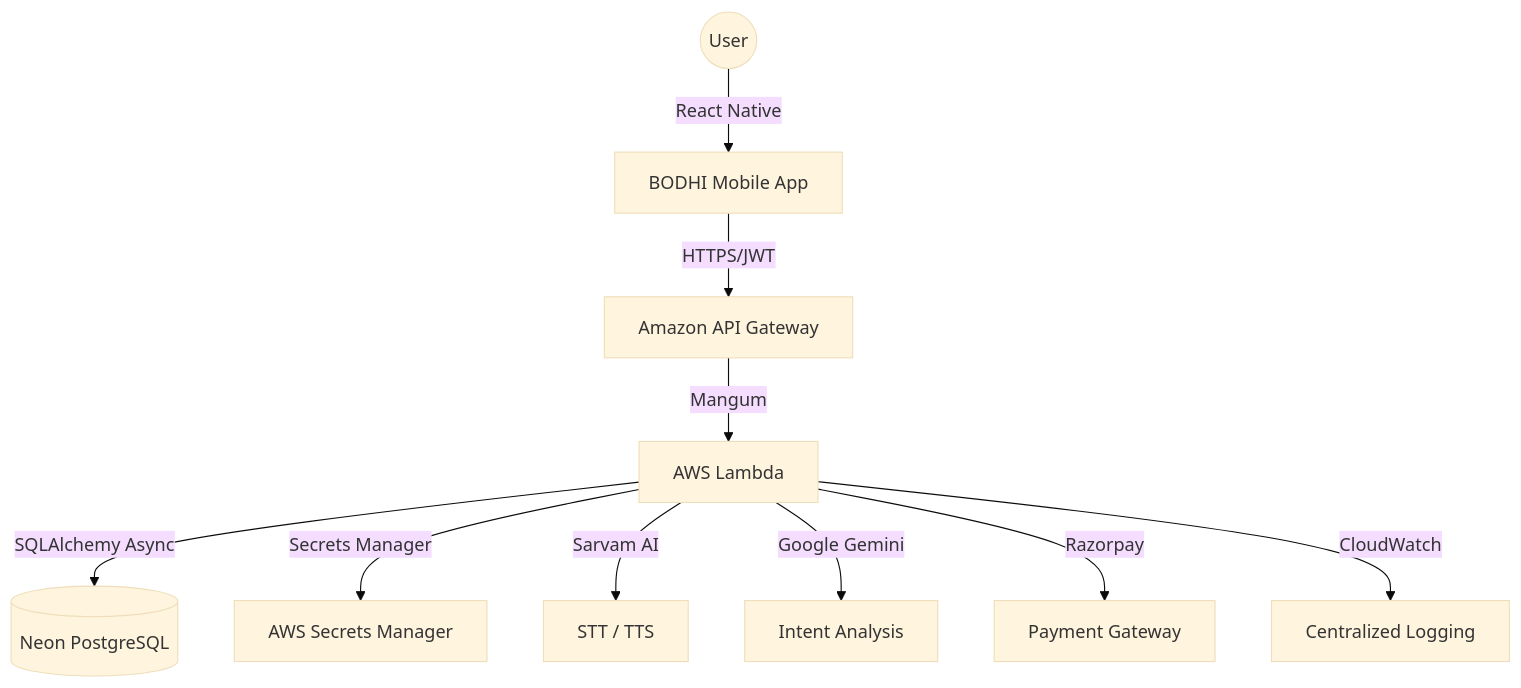
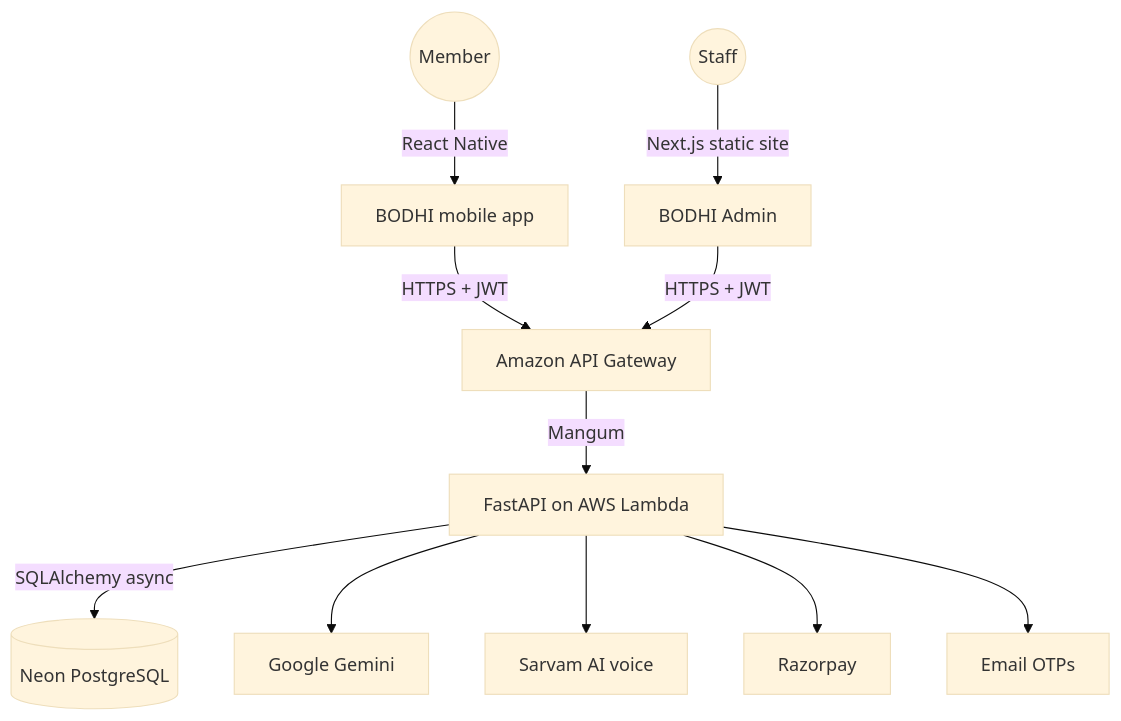
The diagram in README.md (GovindJindal/BODHI), drawn with Mermaid (base theme) before and after one commit. The commit also changed other lines of this file and 37 other files, not shown here.

````diff
--- a/README.md
+++ b/README.md
@@ -106,12 +109,13 @@
 ```mermaid
 graph TD
-    User((User)) -->|React Native| Mobile[BODHI Mobile App]
-    Mobile -->|HTTPS/JWT| Gateway[Amazon API Gateway]
-    Gateway -->|Mangum| Lambda[AWS Lambda]
-    Lambda -->|SQLAlchemy Async| DB[(Neon PostgreSQL)]
-    Lambda -->|Secrets Manager| Secrets[AWS Secrets Manager]
-    Lambda -->|Sarvam AI| Voice[STT / TTS]
-    Lambda -->|Google Gemini| Brain[Intent Analysis]
-    Lambda -->|Razorpay| Pay[Payment Gateway]
-    Lambda -->|CloudWatch| Logs[Centralized Logging]
+    User((Member)) -->|React Native| Mobile[BODHI mobile app]
+    Staff((Staff)) -->|Next.js static site| Admin[BODHI Admin]
+    Mobile -->|HTTPS + JWT| Gateway[Amazon API Gateway]
+    Admin -->|HTTPS + JWT| Gateway
+    Gateway -->|Mangum| Lambda[FastAPI on AWS Lambda]
+    Lambda -->|SQLAlchemy async| DB[(Neon PostgreSQL)]
+    Lambda --> Gemini[Google Gemini]
+    Lambda --> Sarvam[Sarvam AI voice]
+    Lambda --> Razorpay[Razorpay]
+    Lambda --> SMTP[Email OTPs]
 ```
````
